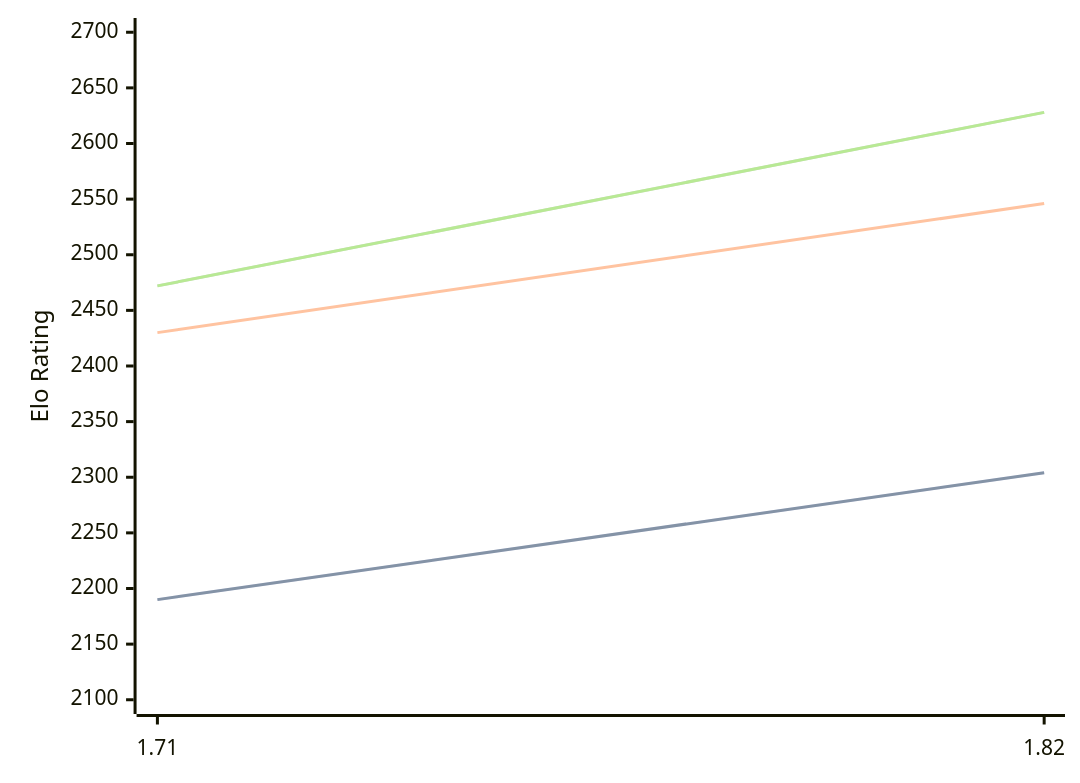
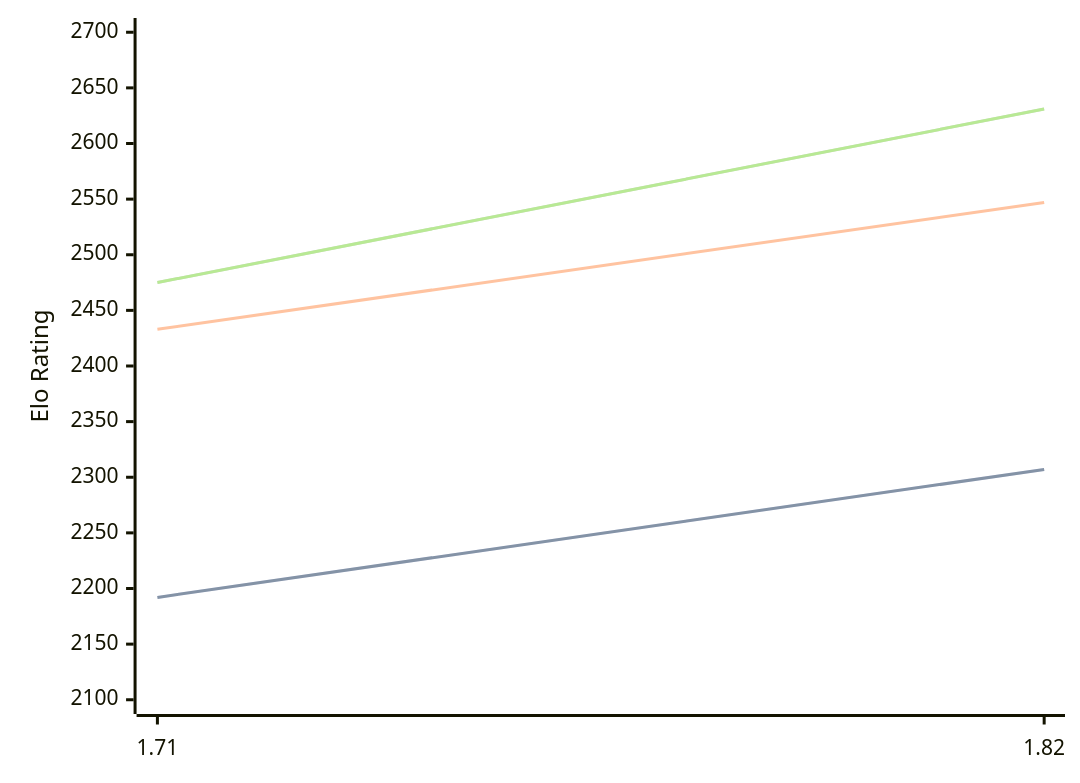
The diagram in engines/Amira.md (computer-chess-index/cci), drawn with Mermaid before and after one commit. The commit also changed other lines of this file, not shown here.

Commit message:
Update CCI Ratings (ELO VLTC) - 2026-09-24

````diff
--- a/engines/Amira.md
+++ b/engines/Amira.md
@@ -32,11 +32,11 @@
 ```mermaid
 %%{init: {"theme":"base","themeVariables":{"seriesColors:['#a3a3a3','#222221','#faa371']}}}%%
 xychart-beta
   x-axis ["1.71", "1.82"]
   y-axis "Elo Rating" 2100 --> 2700
-  line "" [2190, 2304]
-  line "STC (8.0+0.08s)" [2190, 2304]
-  line "LTC (60.0+0.60s)" [2430, 2546]
-  line "" [2472, 2628]
-  line "VLTC (2m24s+1.12s)" [2472, 2628]
+  line "" [2192, 2307]
+  line "STC (8.0+0.08s)" [2192, 2307]
+  line "LTC (60.0+0.60s)" [2433, 2547]
+  line "" [2475, 2631]
+  line "VLTC (2m24s+1.12s)" [2475, 2631]
 ```
````
